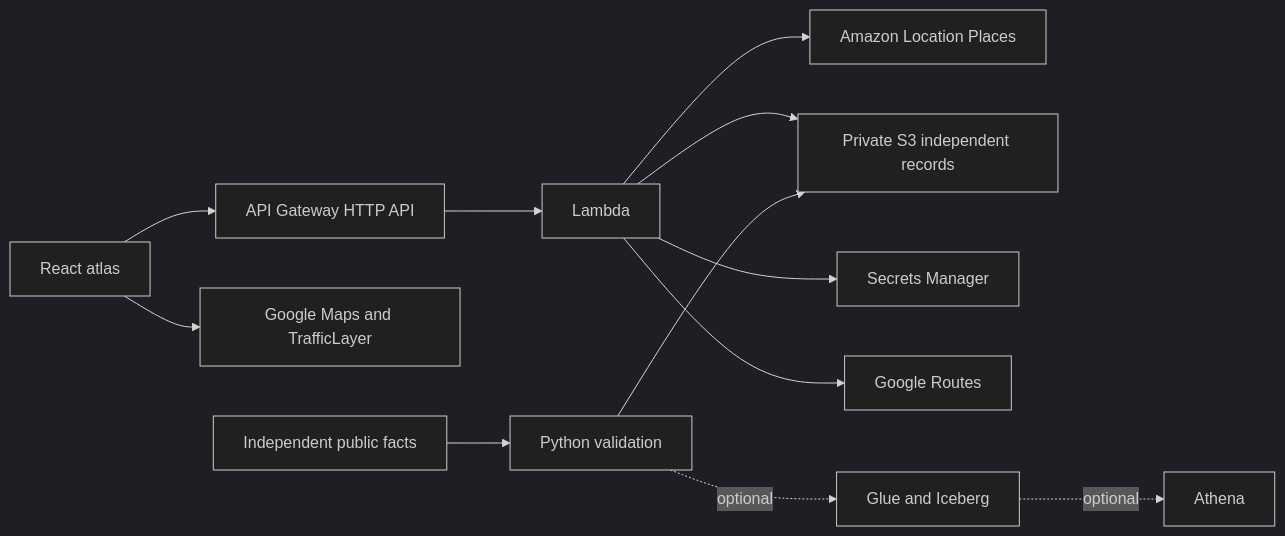
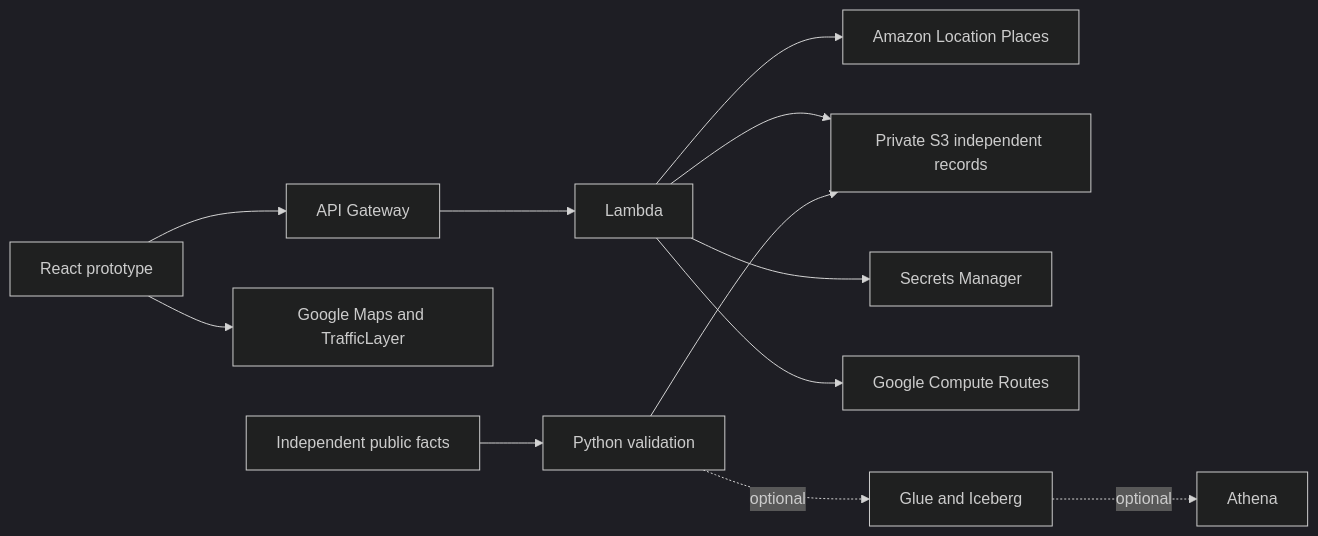
One commit to shehar-e-yaar/venomlink changed the diagram in ARCHITECTURE.md. Above: the diagram before and after it, drawn with Mermaid (dark theme). The commit also changed other lines of this file and 34 other files, not shown here.

Commit message:
Connect free-plan AWS and no-billing Google prototype routing

````diff
--- a/ARCHITECTURE.md
+++ b/ARCHITECTURE.md
@@ -5,14 +5,14 @@
 ```mermaid
 flowchart LR
-  UI[React atlas] --> API[API Gateway HTTP API]
+  UI[React prototype] --> API[API Gateway]
   API --> L[Lambda]
   L --> P[Amazon Location Places]
   L --> S[Private S3 independent records]
   L --> K[Secrets Manager]
-  L --> R[Google Routes]
+  L --> R[Google Compute Routes]
   UI --> G[Google Maps and TrafficLayer]
   F[Independent public facts] --> V[Python validation]
   V --> S
   V -. optional .-> I[Glue and Iceberg]
   I -. optional .-> A[Athena]
 ```
````
